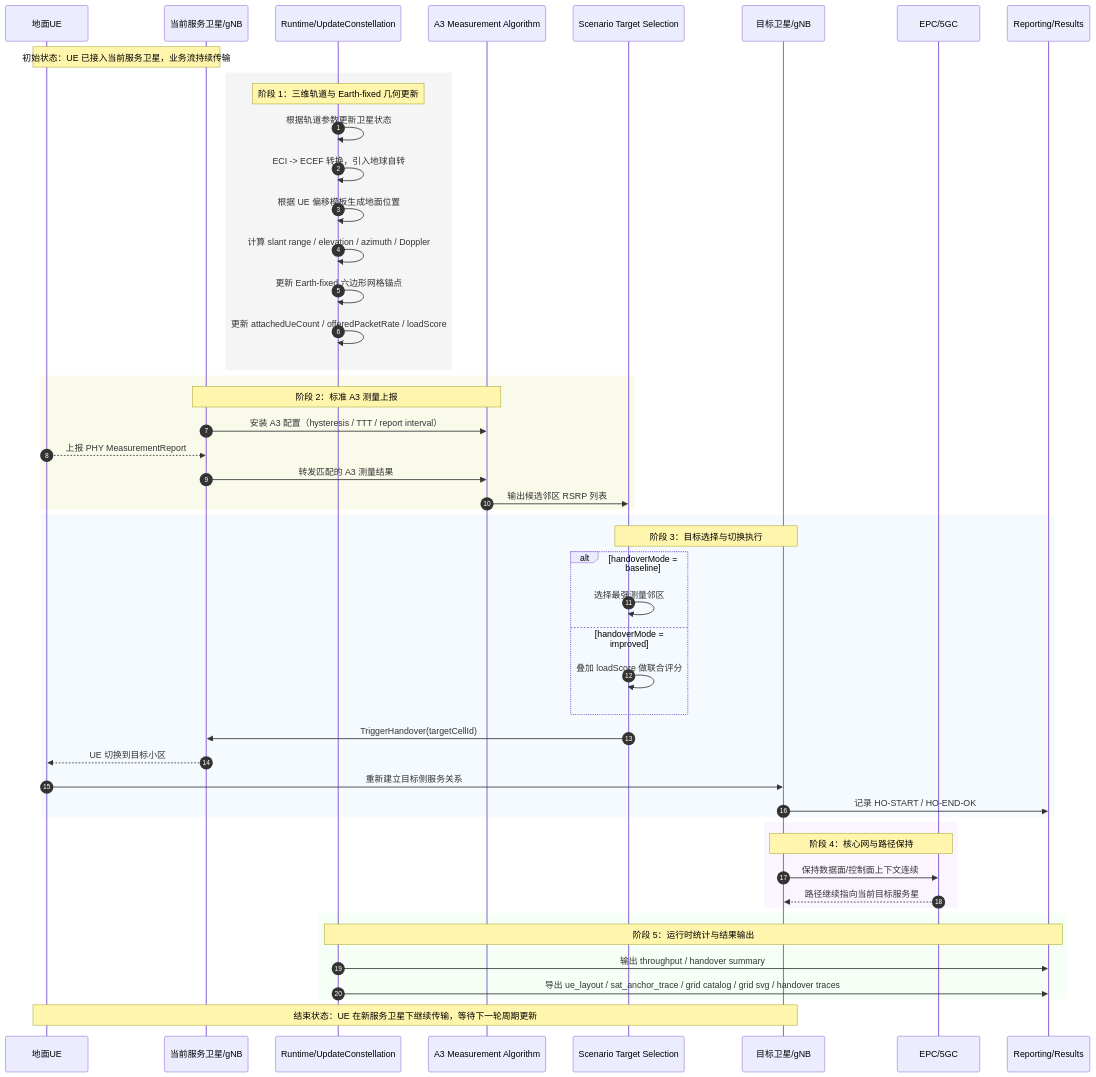
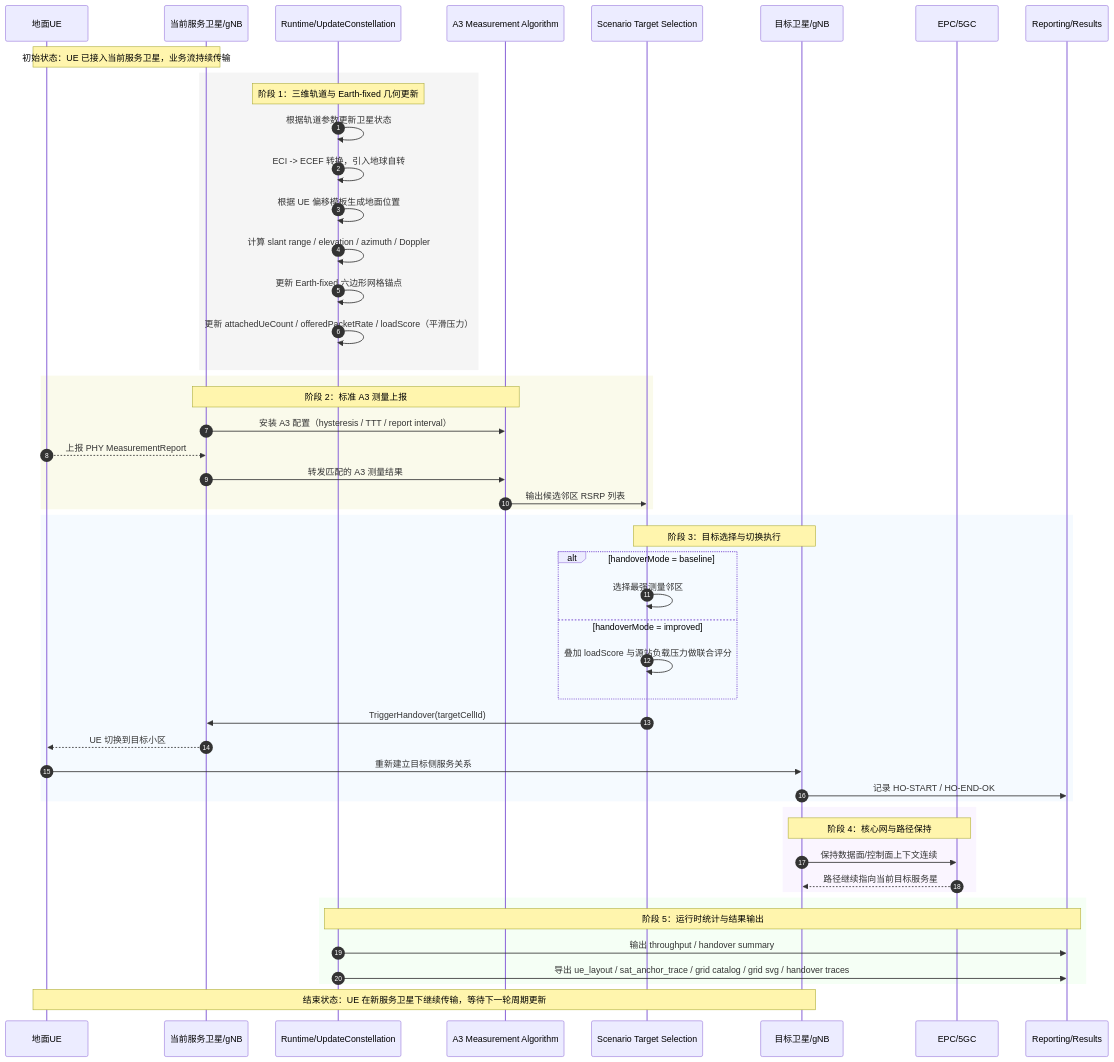
One commit to wwwwwzq0068/ns3-5glena-- changed the first of 2 diagrams in scratch/midterm-report/midterm-handover-flowcharts.md. Above: the diagram before and after it, drawn with Mermaid. The commit also changed other lines of this file and 16 other files, not shown here.

````diff
--- a/scratch/midterm-report/midterm-handover-flowcharts.md
+++ b/scratch/midterm-report/midterm-handover-flowcharts.md
@@ -20,59 +20,59 @@
 ```mermaid
 sequenceDiagram
     autonumber
     participant UE as 地面UE
     participant SRC as 当前服务卫星/gNB
     participant RT as Runtime/UpdateConstellation
     participant A3 as A3 Measurement Algorithm
     participant DEC as Scenario Target Selection
     participant TGT as 目标卫星/gNB
     participant EPC as EPC/5GC
     participant REP as Reporting/Results
 
     Note over UE,SRC: 初始状态：UE 已接入当前服务卫星，业务流持续传输
 
     rect rgb(245,245,245)
         Note over RT: 阶段 1：三维轨道与 Earth-fixed 几何更新
         RT->>RT: 根据轨道参数更新卫星状态
         RT->>RT: ECI -> ECEF 转换，引入地球自转
         RT->>RT: 根据 UE 偏移模板生成地面位置
         RT->>RT: 计算 slant range / elevation / azimuth / Doppler
         RT->>RT: 更新 Earth-fixed 六边形网格锚点
-        RT->>RT: 更新 attachedUeCount / offeredPacketRate / loadScore
+        RT->>RT: 更新 attachedUeCount / offeredPacketRate / loadScore（平滑压力）
     end
 
     rect rgb(250,250,235)
         Note over SRC,A3: 阶段 2：标准 A3 测量上报
         SRC->>A3: 安装 A3 配置（hysteresis / TTT / report interval）
         UE-->>SRC: 上报 PHY MeasurementReport
         SRC->>A3: 转发匹配的 A3 测量结果
         A3->>DEC: 输出候选邻区 RSRP 列表
     end
 
     rect rgb(245,250,255)
         Note over DEC,TGT: 阶段 3：目标选择与切换执行
         alt handoverMode = baseline
             DEC->>DEC: 选择最强测量邻区
         else handoverMode = improved
-            DEC->>DEC: 叠加 loadScore 做联合评分
+            DEC->>DEC: 叠加 loadScore 与源站负载压力做联合评分
         end
         DEC->>SRC: TriggerHandover(targetCellId)
         SRC-->>UE: UE 切换到目标小区
         UE->>TGT: 重新建立目标侧服务关系
         TGT->>REP: 记录 HO-START / HO-END-OK
     end
 
     rect rgb(250,245,255)
         Note over TGT,EPC: 阶段 4：核心网与路径保持
         TGT->>EPC: 保持数据面/控制面上下文连续
         EPC-->>TGT: 路径继续指向当前目标服务星
     end
 
     rect rgb(245,255,245)
         Note over RT,REP: 阶段 5：运行时统计与结果输出
         RT->>REP: 输出 throughput / handover summary
         RT->>REP: 导出 ue_layout / sat_anchor_trace / grid catalog / grid svg / handover traces
     end
 
     Note over UE,TGT: 结束状态：UE 在新服务卫星下继续传输，等待下一轮周期更新
 ```
````
